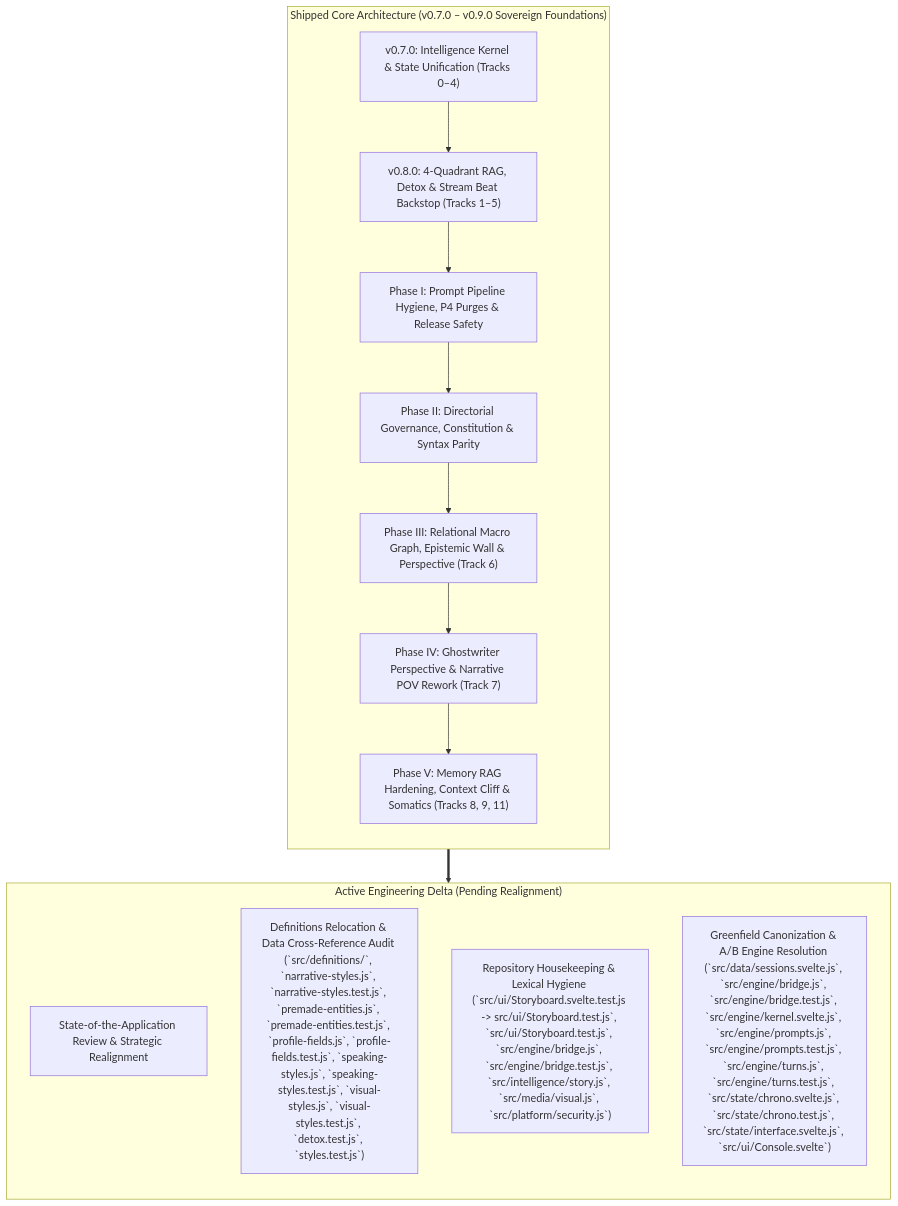
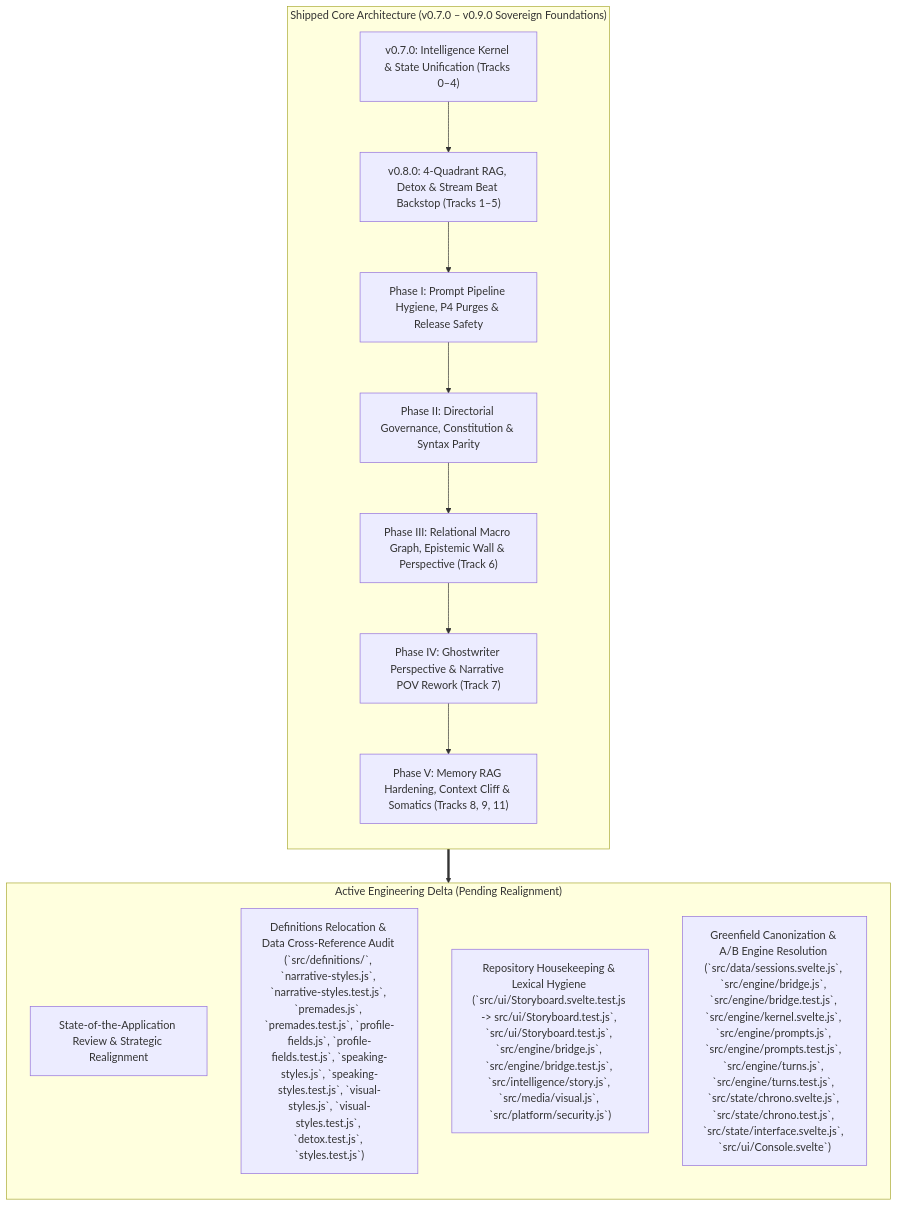
One commit to JooduG/RPGlitch changed the diagram in ROADMAP.md. Above: the diagram before and after it, drawn with Mermaid. The commit also changed 12 other files, not shown here.

````diff
--- a/ROADMAP.md
+++ b/ROADMAP.md
@@ -23,24 +23,24 @@
 ```mermaid
 flowchart TD
     subgraph ShippedCore ["Shipped Core Architecture (v0.7.0 – v0.9.0 Sovereign Foundations)"]
         direction TB
         S1["v0.7.0: Intelligence Kernel & State Unification (Tracks 0–4)"]
         S2["v0.8.0: 4-Quadrant RAG, Detox & Stream Beat Backstop (Tracks 1–5)"]
         S3["Phase I: Prompt Pipeline Hygiene, P4 Purges & Release Safety"]
         S4["Phase II: Directorial Governance, Constitution & Syntax Parity"]
         S5["Phase III: Relational Macro Graph, Epistemic Wall & Perspective (Track 6)"]
         S6["Phase IV: Ghostwriter Perspective & Narrative POV Rework (Track 7)"]
         S7["Phase V: Memory RAG Hardening, Context Cliff & Somatics (Tracks 8, 9, 11)"]
         S1 --> S2 --> S3 --> S4 --> S5 --> S6 --> S7
     end
 
     subgraph ActiveBacklog ["Active Engineering Delta (Pending Realignment)"]
         direction TB
         R1["State-of-the-Application Review & Strategic Realignment"]
-        R2["Definitions Relocation & Data Cross-Reference Audit (`src/definitions/`, `narrative-styles.js`, `narrative-styles.test.js`, `premade-entities.js`, `premade-entities.test.js`, `profile-fields.js`, `profile-fields.test.js`, `speaking-styles.js`, `speaking-styles.test.js`, `visual-styles.js`, `visual-styles.test.js`, `detox.test.js`, `styles.test.js`)"]
+        R2["Definitions Relocation & Data Cross-Reference Audit (`src/definitions/`, `narrative-styles.js`, `narrative-styles.test.js`, `premades.js`, `premades.test.js`, `profile-fields.js`, `profile-fields.test.js`, `speaking-styles.js`, `speaking-styles.test.js`, `visual-styles.js`, `visual-styles.test.js`, `detox.test.js`, `styles.test.js`)"]
         R3["Repository Housekeeping & Lexical Hygiene (`src/ui/Storyboard.svelte.test.js -> src/ui/Storyboard.test.js`, `src/ui/Storyboard.test.js`, `src/engine/bridge.js`, `src/engine/bridge.test.js`, `src/intelligence/story.js`, `src/media/visual.js`, `src/platform/security.js`)"]
         R4["Greenfield Canonization & A/B Engine Resolution (`src/data/sessions.svelte.js`, `src/engine/bridge.js`, `src/engine/bridge.test.js`, `src/engine/kernel.svelte.js`, `src/engine/prompts.js`, `src/engine/prompts.test.js`, `src/engine/turns.js`, `src/engine/turns.test.js`, `src/state/chrono.svelte.js`, `src/state/chrono.test.js`, `src/state/interface.svelte.js`, `src/ui/Console.svelte`)"]
     end
 
     ShippedCore ==> ActiveBacklog
 ```
````
